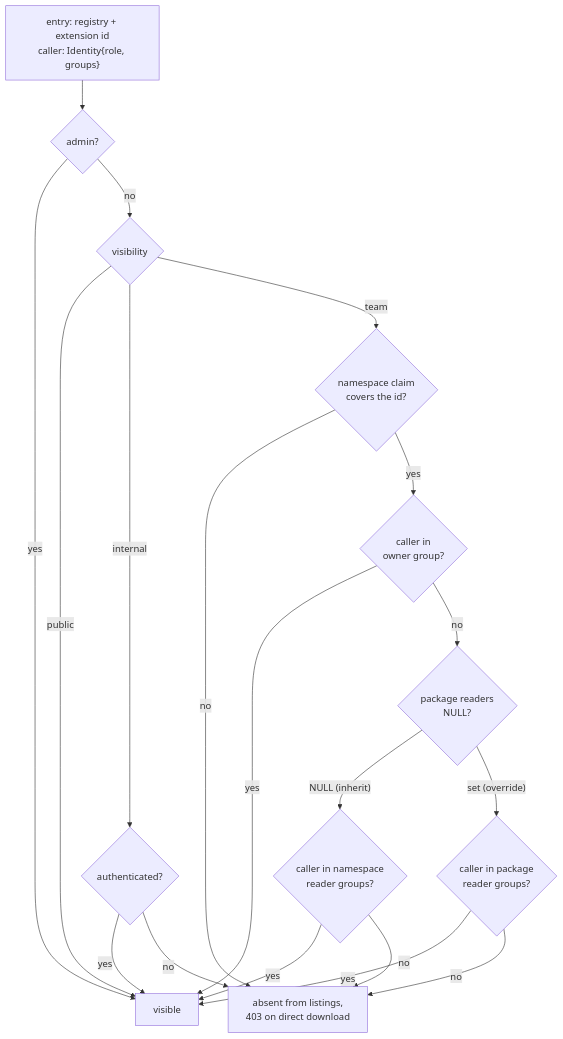
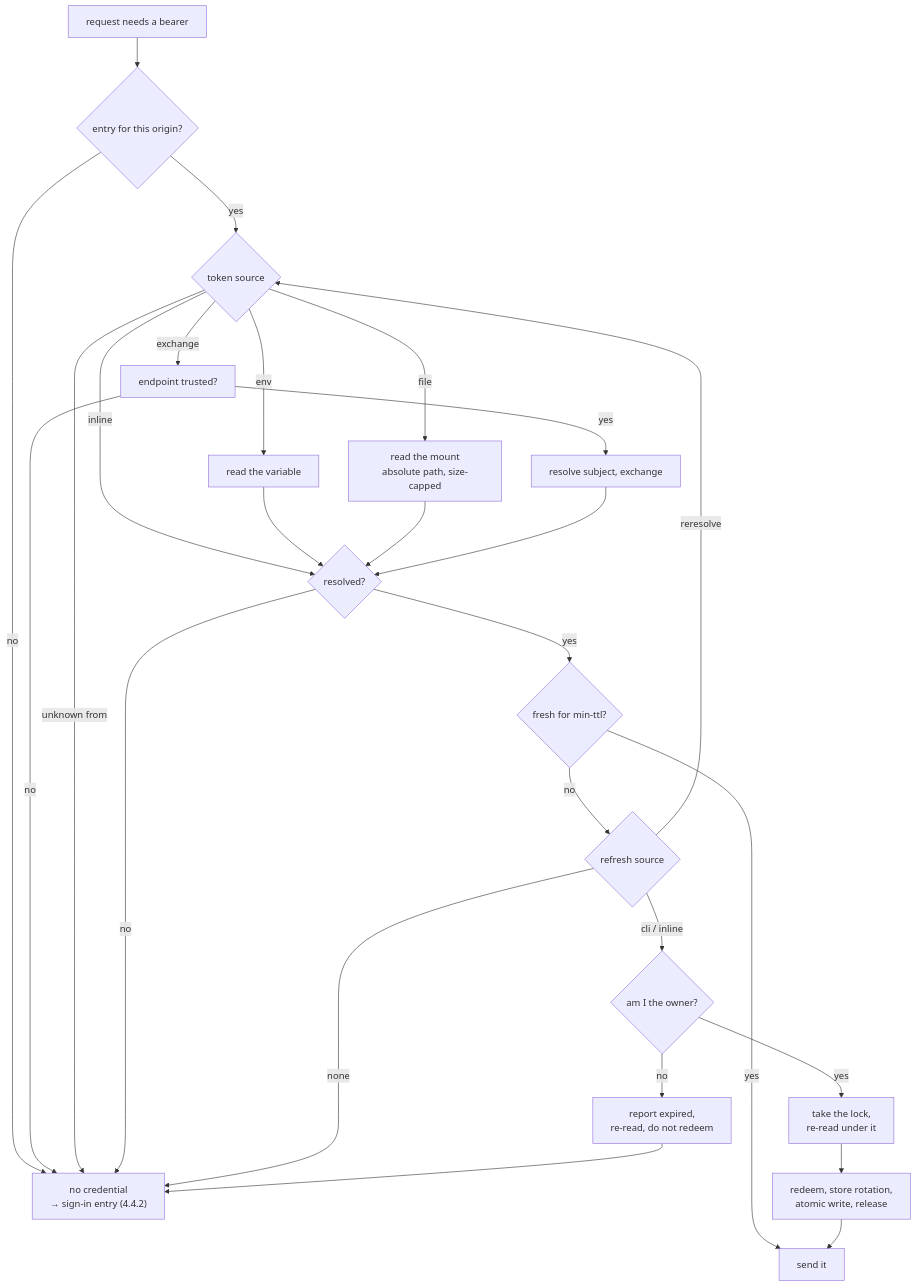
One commit to batleforc/batlehub changed the eighth of 17 diagrams in docs/rfc/0011-openvsx-login.md. Above: the diagram before and after it, drawn with Mermaid. The commit also changed other lines of this file and 91 other files, not shown here.

````diff
--- a/docs/rfc/0011-openvsx-login.md
+++ b/docs/rfc/0011-openvsx-login.md
@@ -309,21 +583,25 @@
 ```mermaid
 flowchart TD
-    A["entry: registry + extension id<br/>caller: Identity{role, groups}"] --> ADM{"admin?"}
-    ADM -->|yes| V["visible"]
-    ADM -->|no| VIS{"visibility"}
-    VIS -->|public| V
-    VIS -->|internal| AUTH{"authenticated?"}
-    AUTH -->|yes| V
-    AUTH -->|no| H["absent from listings,<br/>403 on direct download"]
-    VIS -->|team| NS{"namespace claim<br/>covers the id?"}
-    NS -->|no| H
-    NS -->|yes| OWN{"caller in<br/>owner group?"}
-    OWN -->|yes| V
-    OWN -->|no| OVR{"package readers<br/>NULL?"}
-    OVR -->|"NULL (inherit)"| ND{"caller in namespace<br/>reader groups?"}
-    OVR -->|"set (override)"| PD{"caller in package<br/>reader groups?"}
-    ND -->|yes| V
-    ND -->|no| H
-    PD -->|yes| V
-    PD -->|no| H
+    R["request needs a bearer"] --> E{"entry for this origin?"}
+    E -->|no| N["no credential<br/>→ sign-in entry (4.4.2)"]
+    E -->|yes| SRC{"token source"}
+    SRC -->|inline| VAL
+    SRC -->|env| EV["read the variable"] --> VAL
+    SRC -->|file| FL["read the mount<br/>absolute path, size-capped"] --> VAL
+    SRC -->|exchange| XC["endpoint trusted?"]
+    XC -->|no| N
+    XC -->|yes| XR["resolve subject, exchange"] --> VAL
+    SRC -->|unknown from| N
+    VAL{"resolved?"} -->|no| N
+    VAL -->|yes| FR{"fresh for min-ttl?"}
+    FR -->|yes| USE["send it"]
+    FR -->|no| RS{"refresh source"}
+    RS -->|reresolve| SRC
+    RS -->|none| N
+    RS -->|cli / inline| OWN{"am I the owner?"}
+    OWN -->|no| WAIT["report expired,<br/>re-read, do not redeem"]
+    OWN -->|yes| LK["take the lock,<br/>re-read under it"]
+    LK --> RD["redeem, store rotation,<br/>atomic write, release"]
+    RD --> USE
+    WAIT --> N
 ```
````
